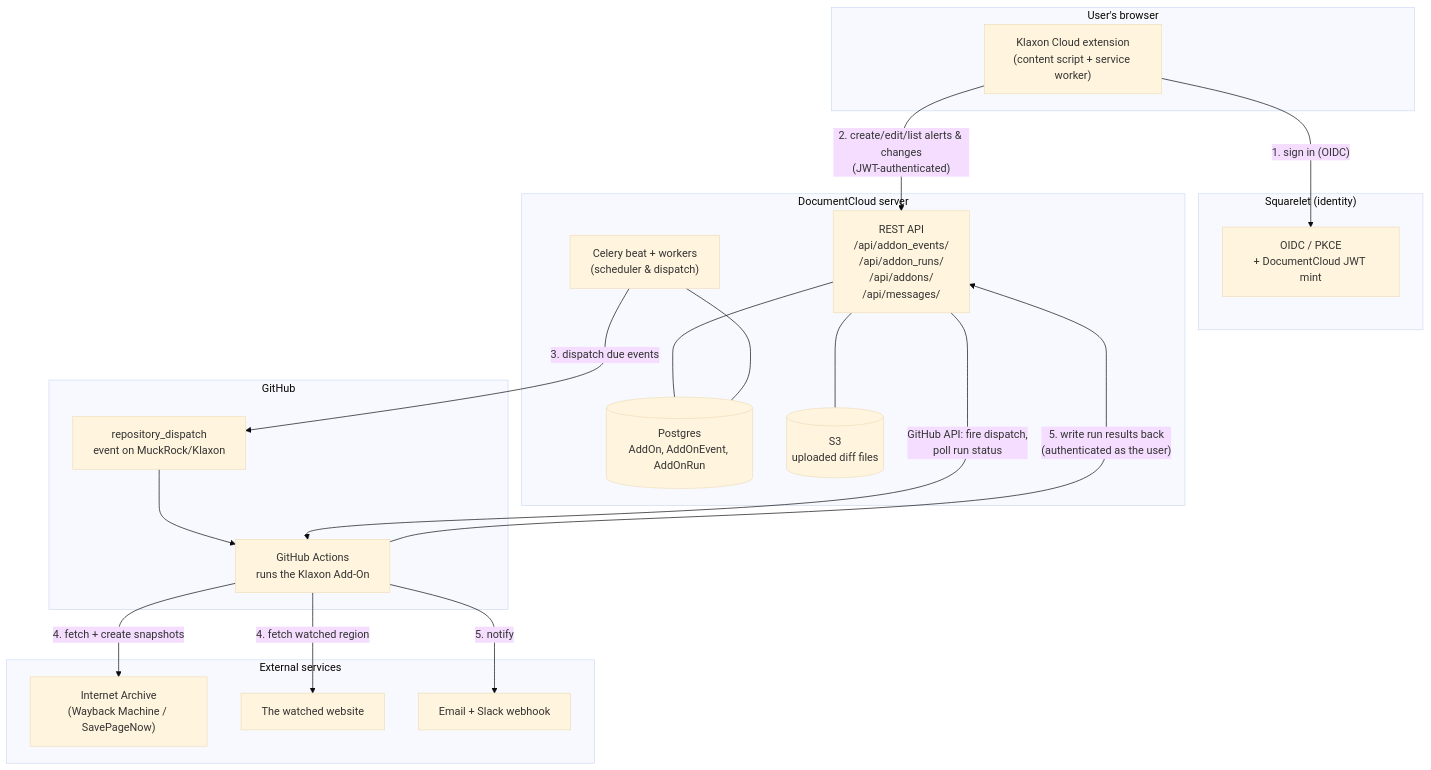
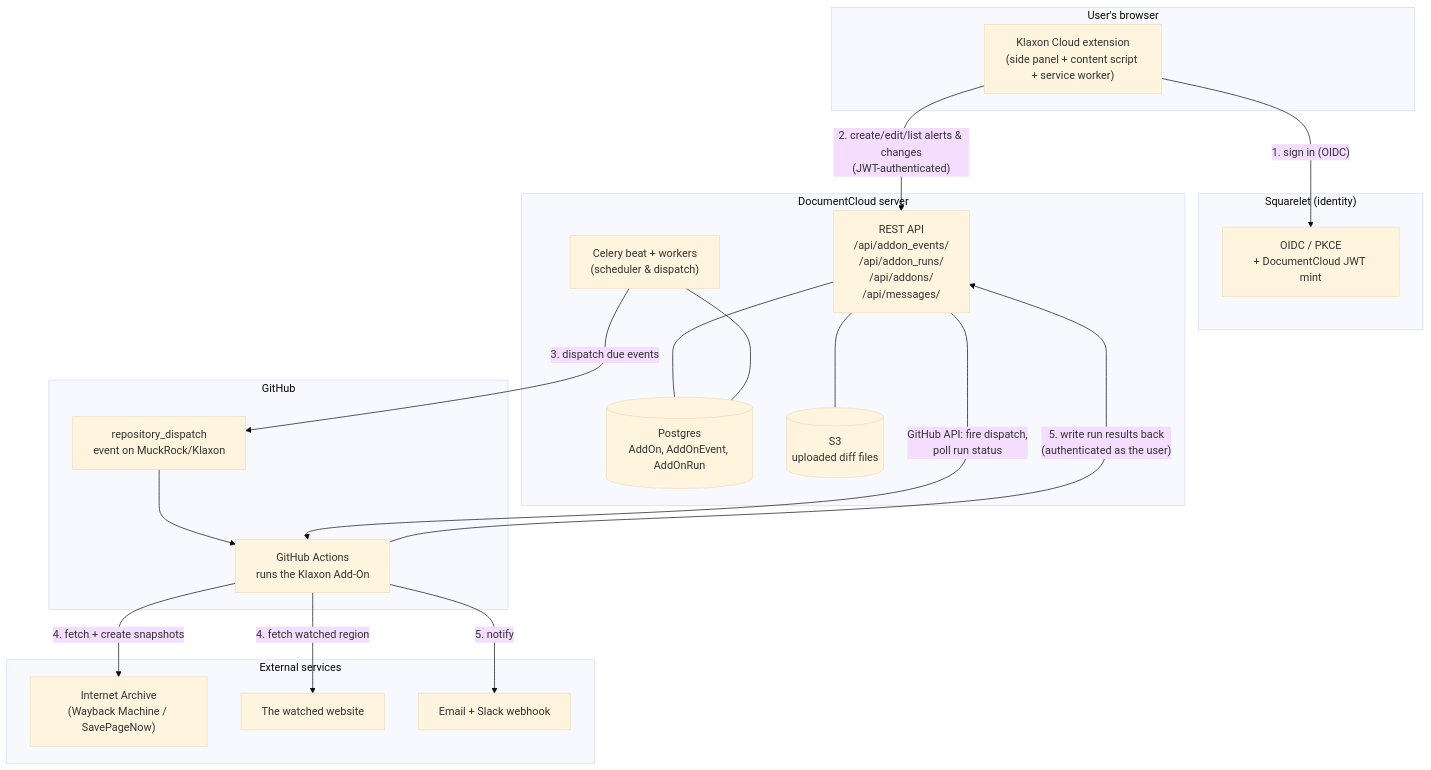
Before and after one commit to MuckRock/Klaxon-Cloud: the diagram in docs/architecture.md, drawn with Mermaid (base theme). The commit also changed other lines of this file, not shown here.

Commit message:
Align architecture.md with the native side-panel extension
The top-level architecture doc still described the extension as injecting a
sidebar into the page (the pre-#42 behavior). Update the prose and the
diagram node to the current shape: a native side panel plus an on-demand
Canvas content script plus the service worker.

````diff
--- a/docs/architecture.md
+++ b/docs/architecture.md
@@ -9,41 +9,41 @@
 ```mermaid
 flowchart TB
     subgraph browser["User's browser"]
-        ext["Klaxon Cloud extension<br/>(content script + service worker)"]
+        ext["Klaxon Cloud extension<br/>(side panel + content script + service worker)"]
     end
 
     subgraph squarelet["Squarelet (identity)"]
         oidc["OIDC / PKCE<br/>+ DocumentCloud JWT mint"]
     end
 
     subgraph dc["DocumentCloud server"]
         api["REST API<br/>/api/addon_events/<br/>/api/addon_runs/<br/>/api/addons/<br/>/api/messages/"]
         db[("Postgres<br/>AddOn, AddOnEvent, AddOnRun")]
         celery["Celery beat + workers<br/>(scheduler & dispatch)"]
         s3[("S3<br/>uploaded diff files")]
         api --- db
         celery --- db
         api --- s3
     end
 
     subgraph gh["GitHub"]
         dispatch["repository_dispatch<br/>event on MuckRock/Klaxon"]
         actions["GitHub Actions<br/>runs the Klaxon Add-On"]
         dispatch --> actions
     end
 
     subgraph external["External services"]
         wayback["Internet Archive<br/>(Wayback Machine / SavePageNow)"]
         live["The watched website"]
         email["Email + Slack webhook"]
     end
 
     ext -->|"1. sign in (OIDC)"| oidc
     ext -->|"2. create/edit/list alerts & changes<br/>(JWT-authenticated)"| api
     celery -->|"3. dispatch due events"| dispatch
     api -->|"GitHub API: fire dispatch,<br/>poll run status"| actions
     actions -->|"4. fetch watched region"| live
     actions -->|"4. fetch + create snapshots"| wayback
     actions -->|"5. write run results back<br/>(authenticated as the user)"| api
     actions -->|"5. notify"| email
 ```
````
